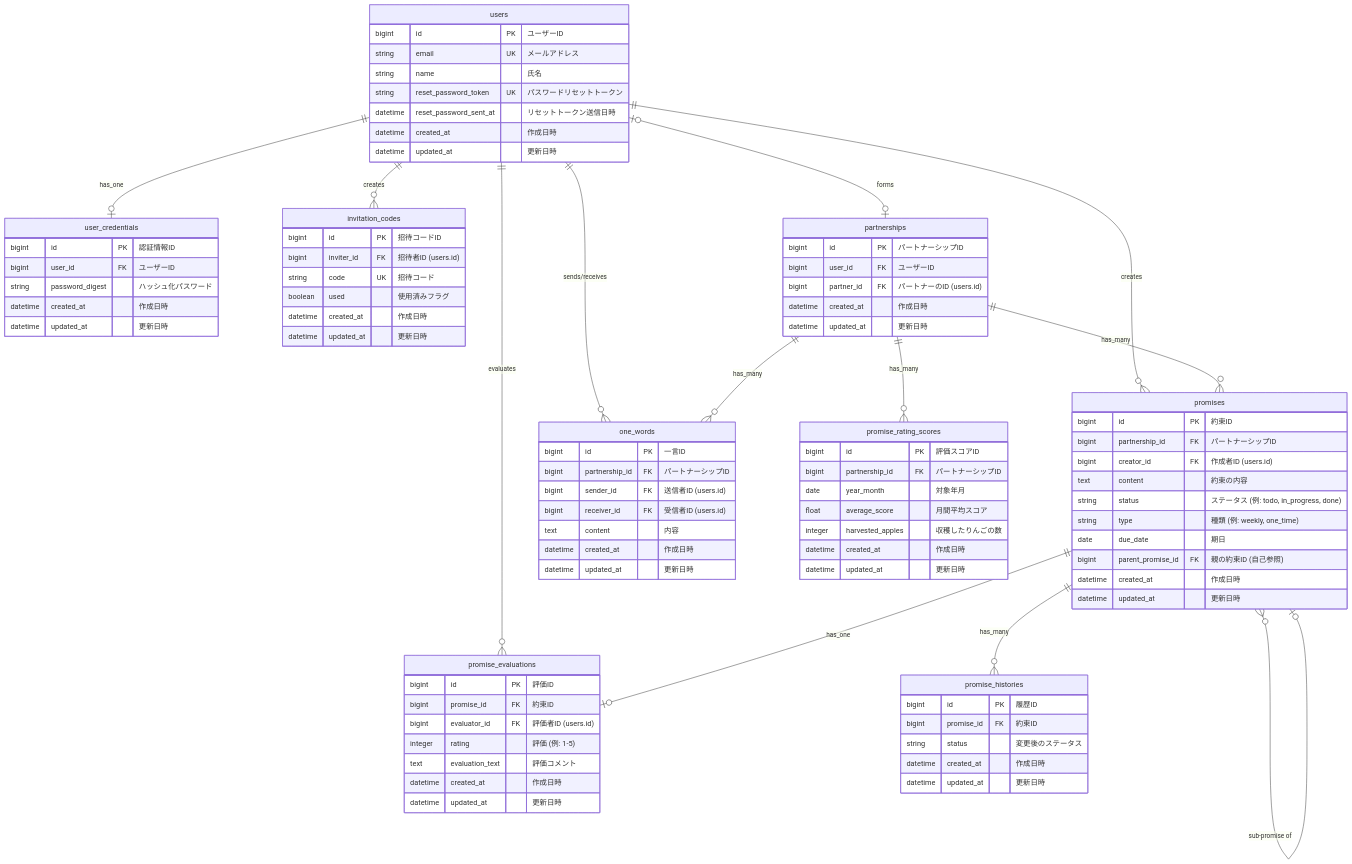
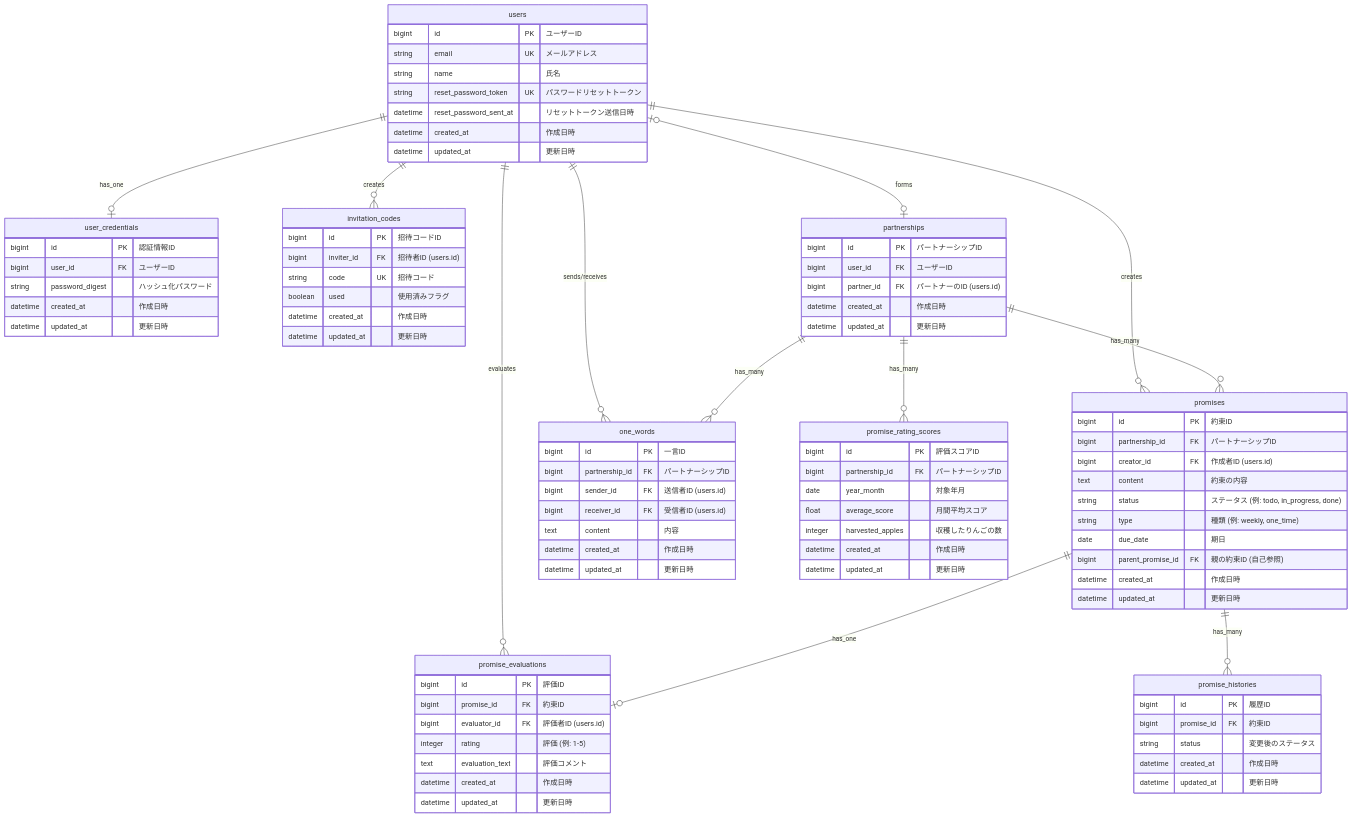
The diagram in README.md (compile425/yubikirigennmann), drawn with Mermaid before and after one commit.

```diff
--- a/README.md
+++ b/README.md
@@ -64,7 +64,6 @@
     
     promises ||--o| promise_evaluations : "has_one"
     promises ||--o{ promise_histories : "has_many"
-    promises }o--o| promises : "sub-promise of"
 
     users {
         bigint id PK "ユーザーID"
```
